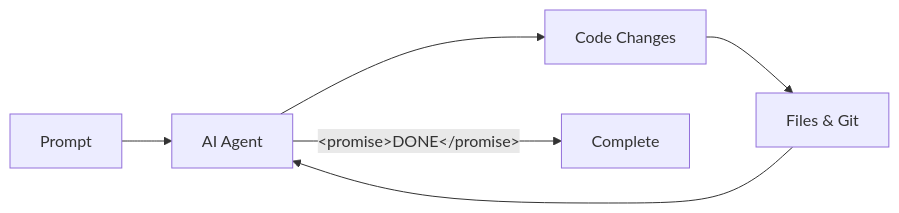
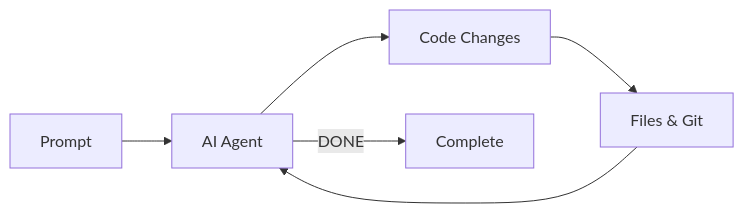
The first of 4 diagrams in README.md (theagenticguy/ralph-for-kiro), drawn with Mermaid before and after one commit. The commit also changed other lines of this file and 51 other files, not shown here.

````diff
--- a/README.md
+++ b/README.md
@@ -38,8 +38,8 @@
 ```mermaid
 flowchart LR
     A[Prompt] --> B[AI Agent]
     B --> C[Code Changes]
     C --> D[Files & Git]
     D --> B
-    B -->|"&lt;promise&gt;DONE&lt;/promise&gt;"| E[Complete]
+    B -->|"<promise>DONE</promise>"| E[Complete]
 ```
````
